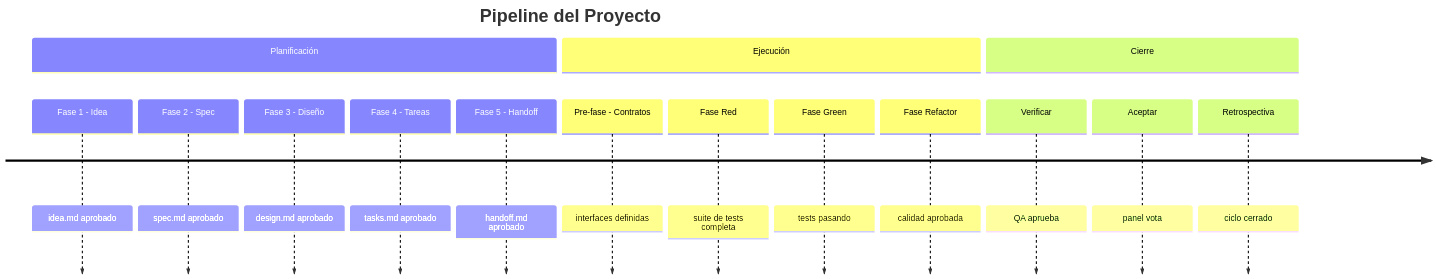
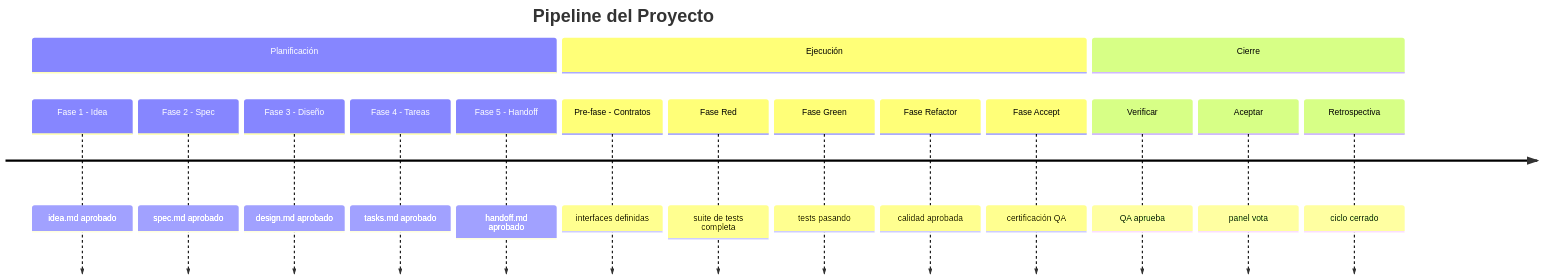
Before and after one commit to virgenherrera/idea-to-mvp: the fourth of 11 diagrams in docs/overview.md, drawn with Mermaid. The commit also changed other lines of this file and 11 other files, not shown here.

````diff
--- a/docs/overview.md
+++ b/docs/overview.md
@@ -152,19 +153,20 @@
 ```mermaid
 timeline
     title Pipeline del Proyecto
     section Planificación
         Fase 1 - Idea : idea.md aprobado
         Fase 2 - Spec : spec.md aprobado
         Fase 3 - Diseño : design.md aprobado
         Fase 4 - Tareas : tasks.md aprobado
         Fase 5 - Handoff : handoff.md aprobado
     section Ejecución
         Pre-fase - Contratos : interfaces definidas
         Fase Red : suite de tests completa
         Fase Green : tests pasando
         Fase Refactor : calidad aprobada
+        Fase Accept : certificación QA
     section Cierre
         Verificar : QA aprueba
         Aceptar : panel vota
         Retrospectiva : ciclo cerrado
 ```
````
